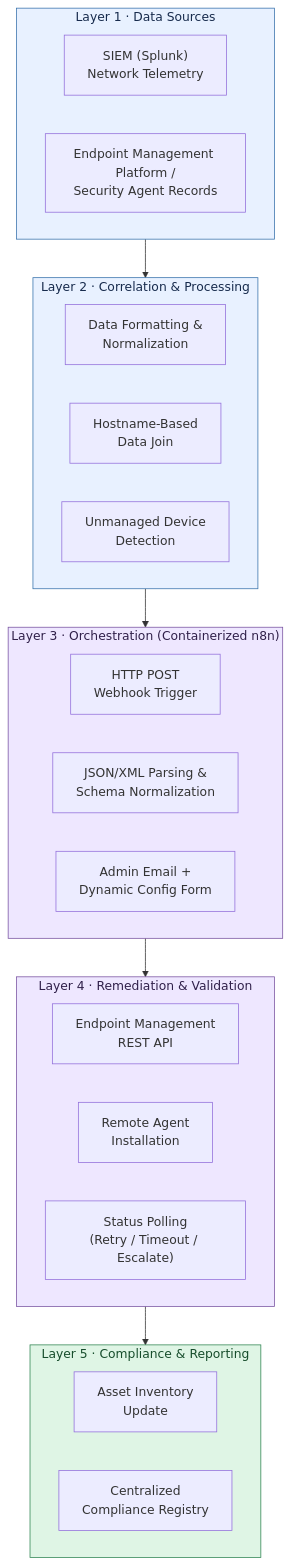
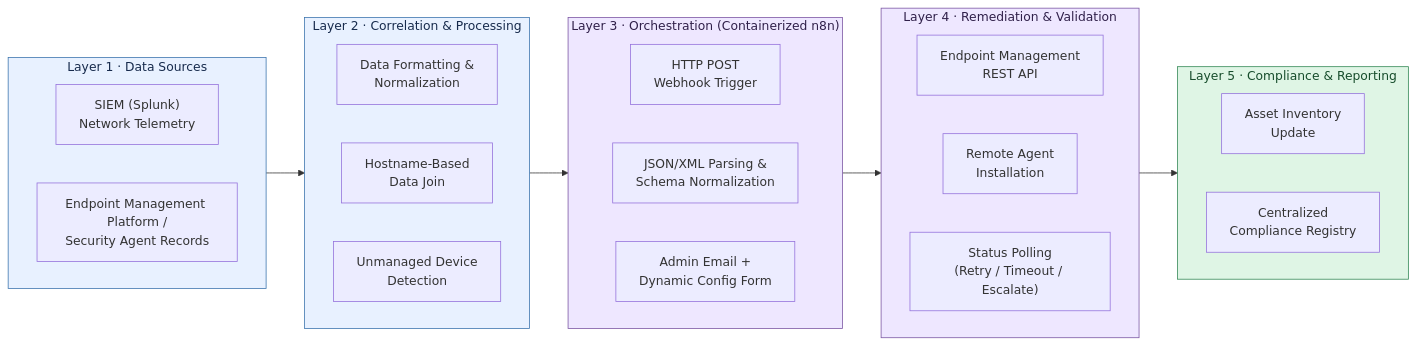
Before and after one commit to KaziHossain15/C2C-Pipeline: the first of 3 diagrams in README.md, drawn with Mermaid.

Commit message:
Change flowchart direction in README.md
Updated flowchart direction from TB to LR in README.

````diff
--- a/README.md
+++ b/README.md
@@ -20,43 +20,43 @@
 ```mermaid
-flowchart TB
+flowchart LR
     subgraph L1["Layer 1 · Data Sources"]
         direction LR
         S1["SIEM (Splunk)<br/>Network Telemetry"]
         S2["Endpoint Management Platform /<br/>Security Agent Records"]
     end
 
     subgraph L2["Layer 2 · Correlation & Processing"]
         direction LR
         P1["Data Formatting &<br/>Normalization"]
         P2["Hostname-Based<br/>Data Join"]
         P3["Unmanaged Device<br/>Detection"]
     end
 
     subgraph L3["Layer 3 · Orchestration (Containerized n8n)"]
         direction LR
         O1["HTTP POST<br/>Webhook Trigger"]
         O2["JSON/XML Parsing &<br/>Schema Normalization"]
         O3["Admin Email +<br/>Dynamic Config Form"]
     end
 
     subgraph L4["Layer 4 · Remediation & Validation"]
         direction LR
         M1["Endpoint Management<br/>REST API"]
         M2["Remote Agent<br/>Installation"]
         M3["Status Polling<br/>(Retry / Timeout / Escalate)"]
     end
 
     subgraph L5["Layer 5 · Compliance & Reporting"]
         direction LR
         R1["Asset Inventory<br/>Update"]
         R2["Centralized<br/>Compliance Registry"]
     end
 
     L1 --> L2 --> L3 --> L4 --> L5
 
     style L1 fill:#e8f1ff,stroke:#3973ac,color:#172b4d
     style L2 fill:#e8f1ff,stroke:#3973ac,color:#172b4d
     style L3 fill:#eee7ff,stroke:#7954a1,color:#30204a
     style L4 fill:#eee7ff,stroke:#7954a1,color:#30204a
     style L5 fill:#dff5e5,stroke:#318653,color:#174d2c
 ```
````
